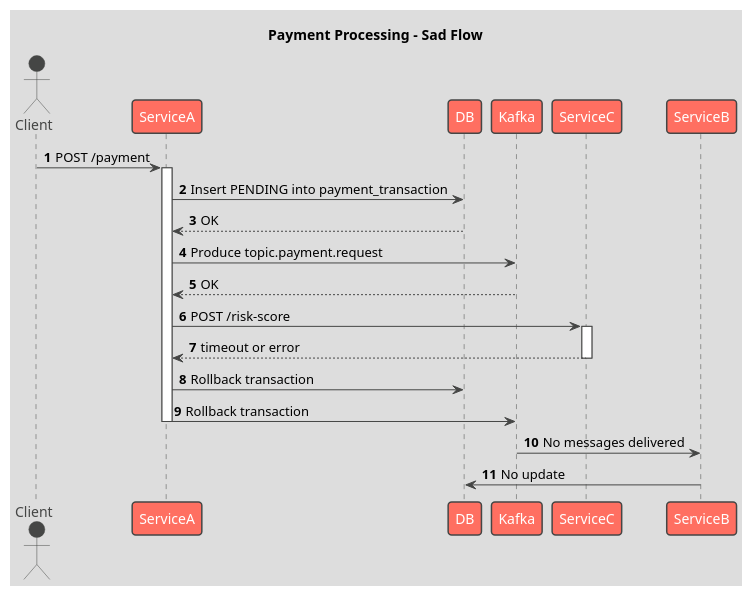
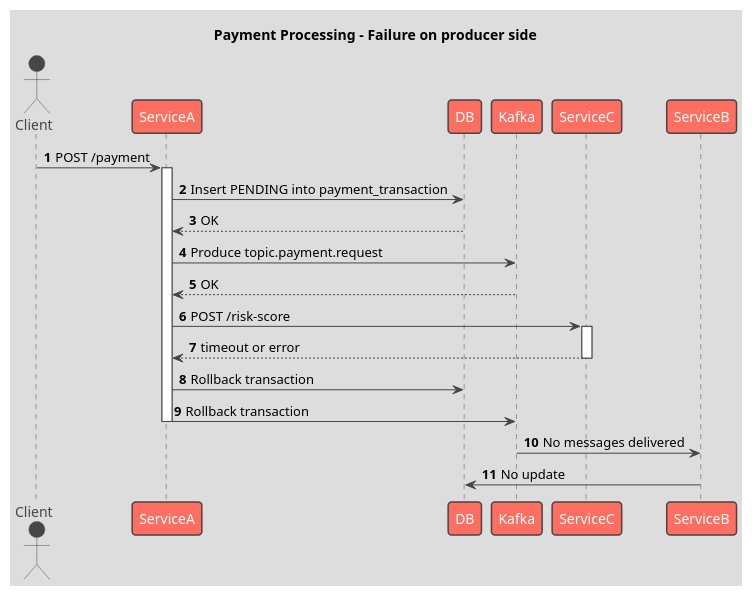
The diagram in library-service-producer/src/main/resources/sad-flow.plantuml (norulshahlam/spring-boot-kafka-tutorials), drawn with PlantUML before and after one commit. The commit also changed 1 other file, not shown here.

```diff
--- a/library-service-producer/src/main/resources/sad-flow.plantuml
+++ b/library-service-producer/src/main/resources/sad-flow.plantuml
@@ -1,28 +1,28 @@
 @startuml
 !theme toy
-title Payment Processing - Sad Flow
+title Payment Processing - Failure on producer side
 autonumber
 actor Client
 
 Client -> ServiceA: POST /payment
 activate ServiceA
 
 ServiceA -> DB: Insert PENDING into payment_transaction
 DB --> ServiceA: OK
 
 ServiceA -> Kafka: Produce topic.payment.request
 Kafka --> ServiceA: OK
 
 ServiceA -> ServiceC: POST /risk-score
 activate ServiceC
 ServiceC --> ServiceA: timeout or error
 deactivate ServiceC
 
 ServiceA -> DB: Rollback transaction
 ServiceA -> Kafka: Rollback transaction
 deactivate ServiceA
 
 Kafka -> ServiceB: No messages delivered
 ServiceB -> DB: No update
 
 @enduml
```
